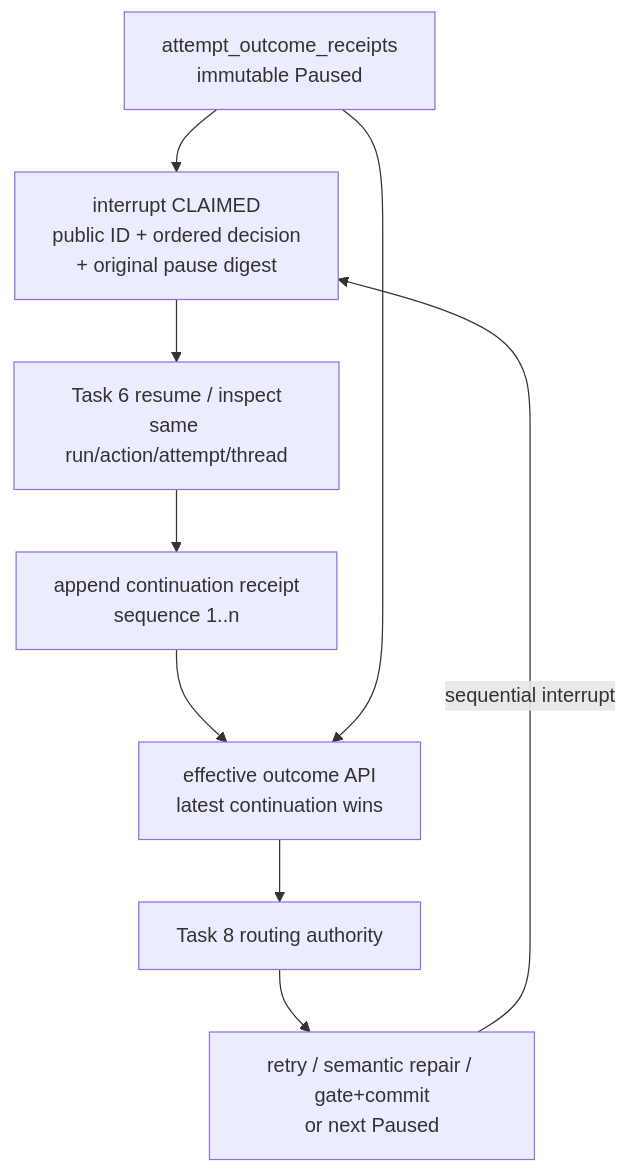
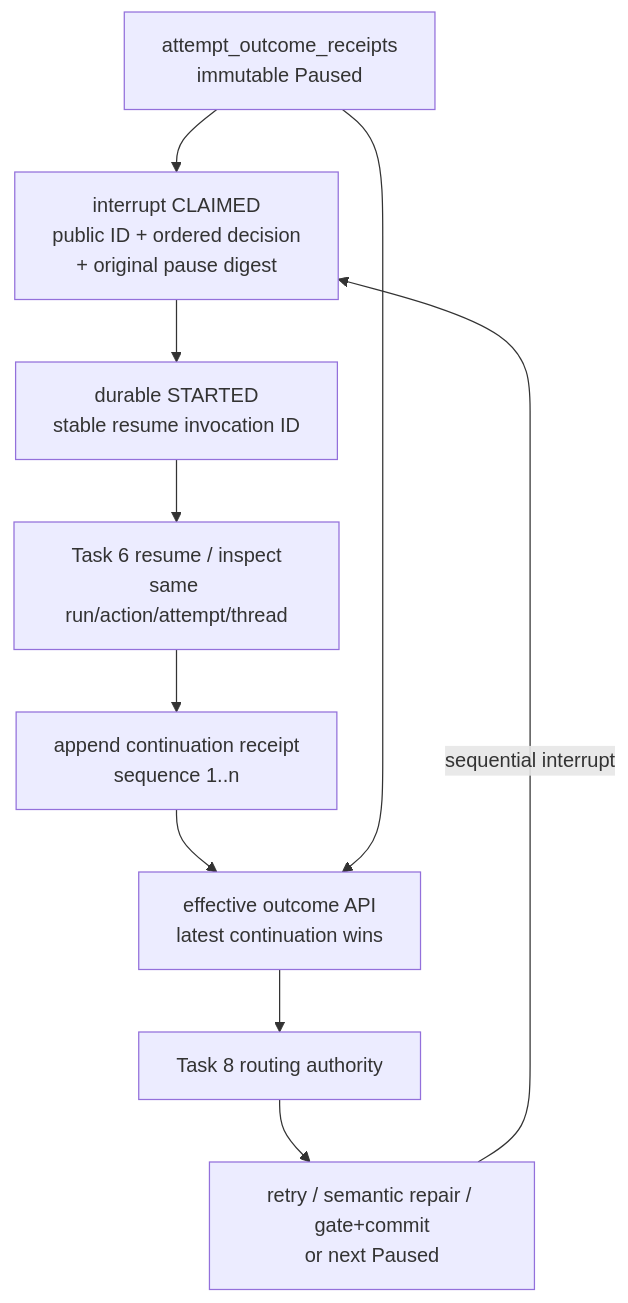
The third of 4 diagrams in docs/design-docs/langgraph-and-state-machine.md (Valkure-Yip/ai-book-interpreter), drawn with Mermaid before and after one commit. The commit also changed other lines of this file and 10 other files, not shown here.

````diff
--- a/docs/design-docs/langgraph-and-state-machine.md
+++ b/docs/design-docs/langgraph-and-state-machine.md
@@ -128,11 +134,12 @@
 ```mermaid
 flowchart TD
     P["attempt_outcome_receipts<br/>immutable Paused"] --> D["interrupt CLAIMED<br/>public ID + ordered decision<br/>+ original pause digest"]
-    D --> H["Task 6 resume / inspect<br/>same run/action/attempt/thread"]
+    D --> S["durable STARTED<br/>stable resume invocation ID"]
+    S --> H["Task 6 resume / inspect<br/>same run/action/attempt/thread"]
     H --> C["append continuation receipt<br/>sequence 1..n"]
     C --> E["effective outcome API<br/>latest continuation wins"]
     P --> E
     E --> R["Task 8 routing authority"]
     R --> Q["retry / semantic repair / gate+commit<br/>or next Paused"]
     Q -- "sequential interrupt" --> D
 ```
````
